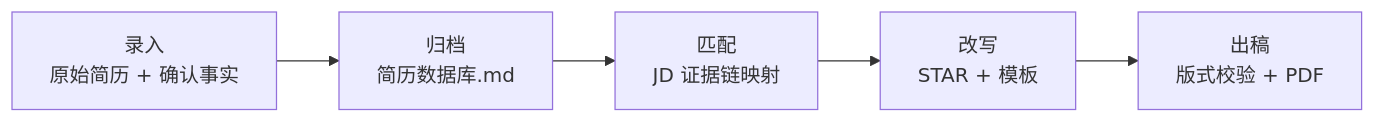
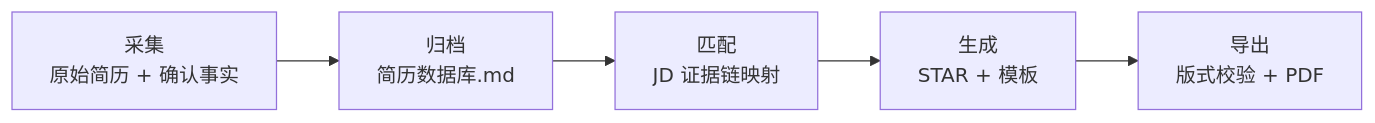
The diagram in README.md (203chenjing/resume-skills-generic), drawn with Mermaid before and after one commit. The commit also changed other lines of this file and 18 other files, not shown here.

````diff
--- a/README.md
+++ b/README.md
@@ -49,7 +55,7 @@
 ```mermaid
 flowchart LR
-    A[录入<br/>原始简历 + 确认事实] --> B[归档<br/>简历数据库.md]
+    A[采集<br/>原始简历 + 确认事实] --> B[归档<br/>简历数据库.md]
     B --> C[匹配<br/>JD 证据链映射]
-    C --> D[改写<br/>STAR + 模板]
-    D --> E[出稿<br/>版式校验 + PDF]
+    C --> D[生成<br/>STAR + 模板]
+    D --> E[导出<br/>版式校验 + PDF]
 ```
````
